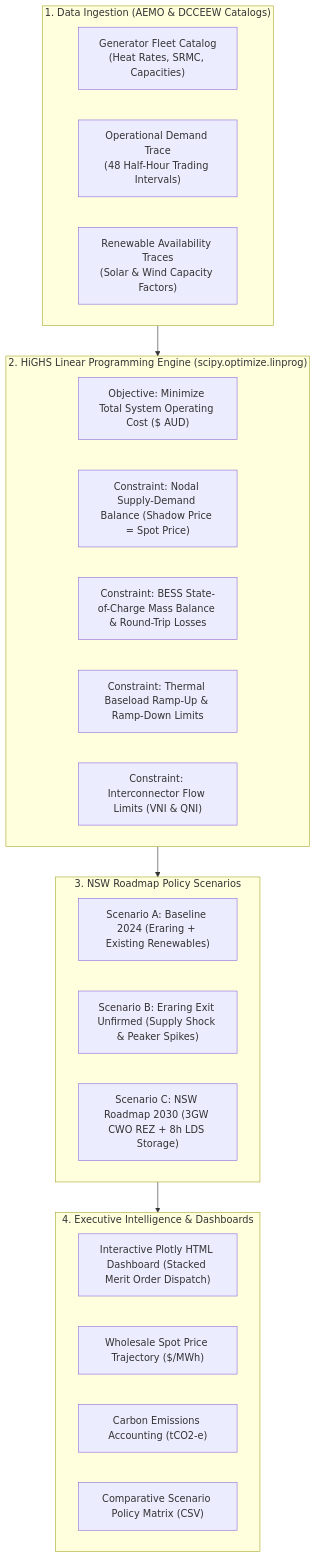
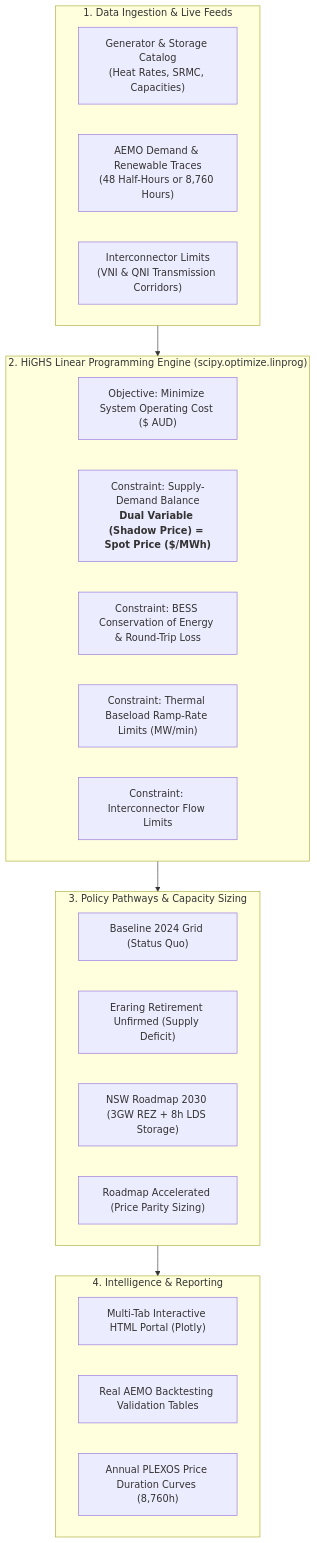
Before and after one commit to mahmudurah/nem-dispatch-simulator: the diagram in README.md, drawn with Mermaid. The commit also changed other lines of this file and 17 other files, not shown here.

Commit message:
Add real AEMO market data ingestion, 2024-2026 empirical analysis, price parity sizing, and multi-tab executive portal

````diff
--- a/README.md
+++ b/README.md
@@ -31,33 +75,33 @@
 ```mermaid
 flowchart TD
-    subgraph Ingestion ["1. Data Ingestion (AEMO & DCCEEW Catalogs)"]
-        A["Generator Fleet Catalog<br/>(Heat Rates, SRMC, Capacities)"]
-        B["Operational Demand Trace<br/>(48 Half-Hour Trading Intervals)"]
-        C["Renewable Availability Traces<br/>(Solar & Wind Capacity Factors)"]
+    subgraph Ingestion ["1. Data Ingestion & Live Feeds"]
+        A["Generator & Storage Catalog<br/>(Heat Rates, SRMC, Capacities)"]
+        B["AEMO Demand & Renewable Traces<br/>(48 Half-Hours or 8,760 Hours)"]
+        C["Interconnector Limits<br/>(VNI & QNI Transmission Corridors)"]
     end
 
     subgraph Optimization ["2. HiGHS Linear Programming Engine (scipy.optimize.linprog)"]
-        D["Objective: Minimize Total System Operating Cost ($ AUD)"]
-        E["Constraint: Nodal Supply-Demand Balance (Shadow Price = Spot Price)"]
-        F["Constraint: BESS State-of-Charge Mass Balance & Round-Trip Losses"]
-        G["Constraint: Thermal Baseload Ramp-Up & Ramp-Down Limits"]
-        H["Constraint: Interconnector Flow Limits (VNI & QNI)"]
+        D["Objective: Minimize System Operating Cost ($ AUD)"]
+        E["Constraint: Supply-Demand Balance<br/><b>Dual Variable (Shadow Price) = Spot Price ($/MWh)</b>"]
+        F["Constraint: BESS Conservation of Energy & Round-Trip Loss"]
+        G["Constraint: Thermal Baseload Ramp-Rate Limits (MW/min)"]
+        H["Constraint: Interconnector Flow Limits"]
     end
 
-    subgraph Policy ["3. NSW Roadmap Policy Scenarios"]
-        I["Scenario A: Baseline 2024 (Eraring + Existing Renewables)"]
-        J["Scenario B: Eraring Exit Unfirmed (Supply Shock & Peaker Spikes)"]
-        K["Scenario C: NSW Roadmap 2030 (3GW CWO REZ + 8h LDS Storage)"]
+    subgraph Scenarios ["3. Policy Pathways & Capacity Sizing"]
+        I["Baseline 2024 Grid (Status Quo)"]
+        J["Eraring Retirement Unfirmed (Supply Deficit)"]
+        K["NSW Roadmap 2030 (3GW REZ + 8h LDS Storage)"]
+        L["Roadmap Accelerated (Price Parity Sizing)"]
     end
 
-    subgraph Outputs ["4. Executive Intelligence & Dashboards"]
-        L["Interactive Plotly HTML Dashboard (Stacked Merit Order Dispatch)"]
-        M["Wholesale Spot Price Trajectory ($/MWh)"]
-        N["Carbon Emissions Accounting (tCO2-e)"]
-        O["Comparative Scenario Policy Matrix (CSV)"]
+    subgraph Outputs ["4. Intelligence & Reporting"]
+        M["Multi-Tab Interactive HTML Portal (Plotly)"]
+        N["Real AEMO Backtesting Validation Tables"]
+        O["Annual PLEXOS Price Duration Curves (8,760h)"]
     end
 
     Ingestion --> Optimization
-    Optimization --> Policy
-    Policy --> Outputs
+    Optimization --> Scenarios
+    Scenarios --> Outputs
 ```
````
